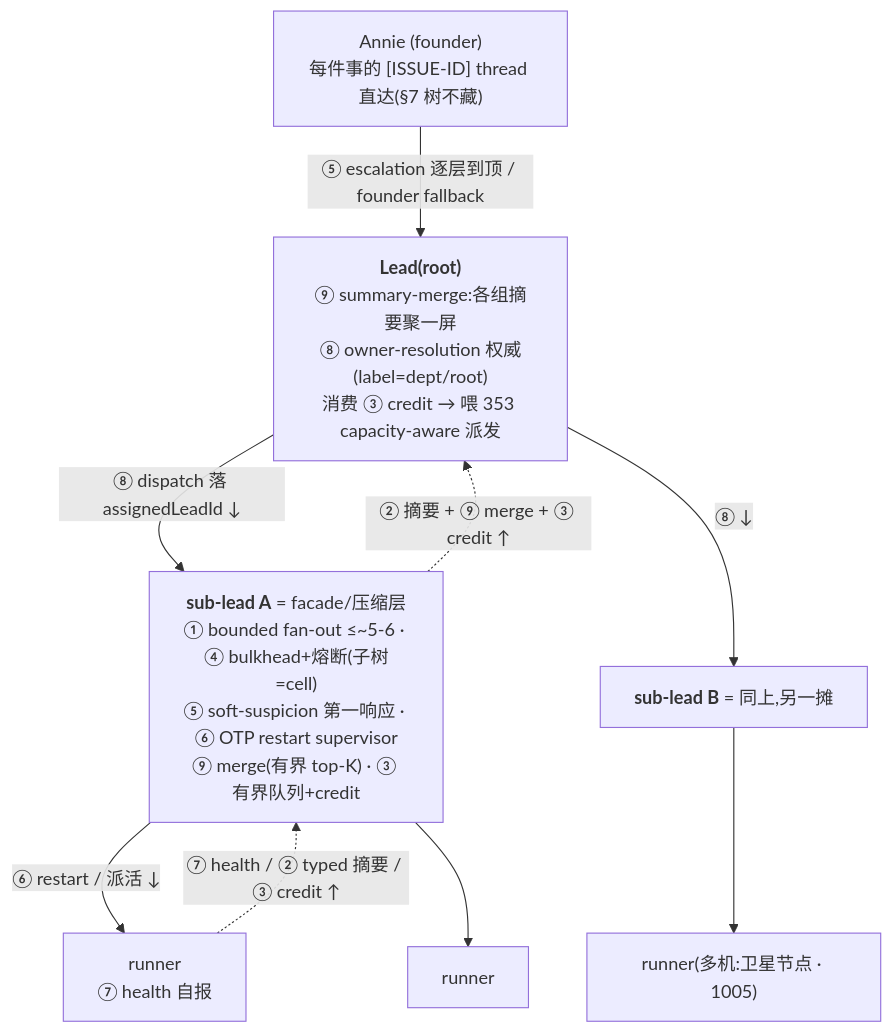
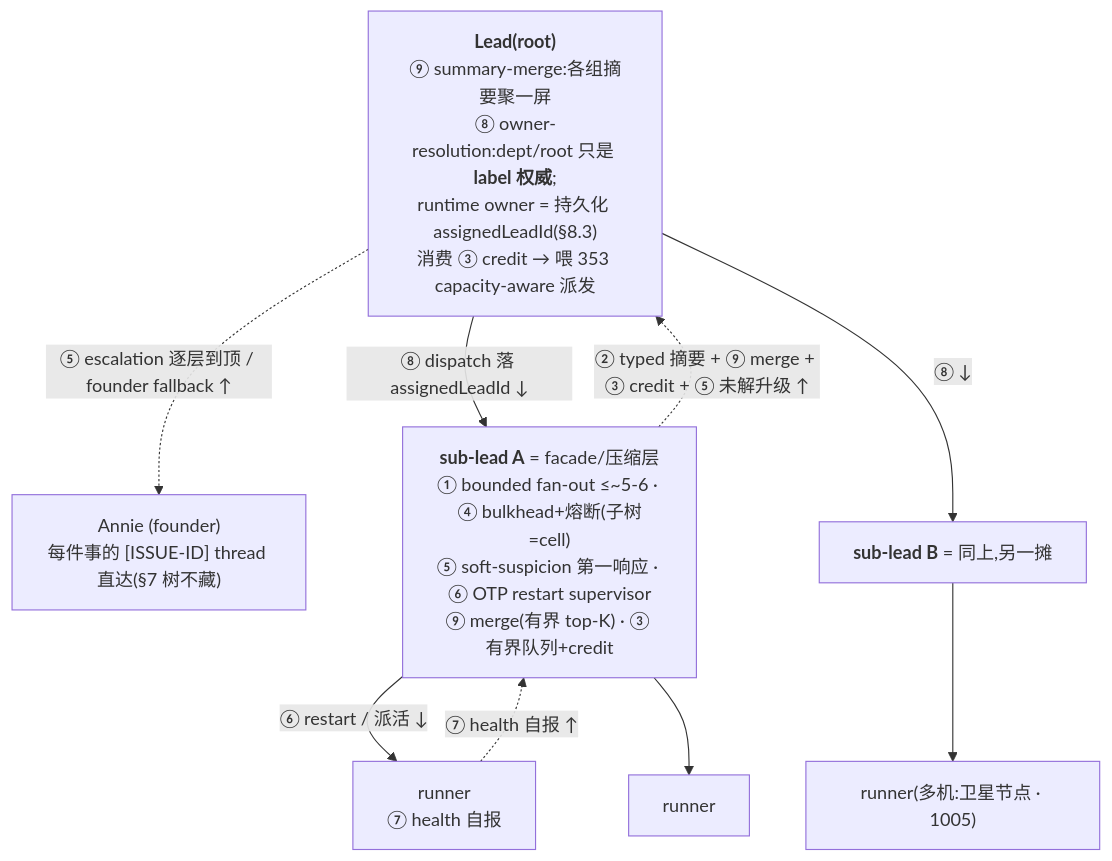
The second of 3 diagrams in engineering/doc/FLY-1022-hierarchical-runner-tree/prd.md (xrliAnnie/flywheel-qa-sandbox), drawn with Mermaid before and after one commit.

Commit message:
docs(FLY-1022): fix §4B Mermaid semantics (Codex R3) -> Codex R4 APPROVED
Codex R3 caught 3 diagram-only issues in the new §4B architecture; all fixed:
1. escalation/founder-fallback edge direction reversed -> now Lead/root -> founder (upward), matching §5.
2. runner->sub-lead edge no longer carries typed-summary/credit -> now only "health 自报"; typed summary / merge / credit / unresolved-escalation stay on the sub-lead->Lead edge (matches §4B table + §9).
3. root-node owner-resolution wording clarified -> "dept/root = label authority; runtime owner = persisted assignedLeadId (§8.3)".
Codex R4: APPROVED. PRD now codex-approved through the architecture section.

````diff
--- a/engineering/doc/FLY-1022-hierarchical-runner-tree/prd.md
+++ b/engineering/doc/FLY-1022-hierarchical-runner-tree/prd.md
@@ -227,18 +227,18 @@
 ```mermaid
 graph TB
     A["Annie (founder)<br/>每件事的 [ISSUE-ID] thread 直达(§7 树不藏)"]
-    L["<b>Lead(root)</b><br/>⑨ summary-merge:各组摘要聚一屏<br/>⑧ owner-resolution 权威(label=dept/root)<br/>消费 ③ credit → 喂 353 capacity-aware 派发"]
+    L["<b>Lead(root)</b><br/>⑨ summary-merge:各组摘要聚一屏<br/>⑧ owner-resolution:dept/root 只是 <b>label 权威</b>;<br/>runtime owner = 持久化 assignedLeadId(§8.3)<br/>消费 ③ credit → 喂 353 capacity-aware 派发"]
     SLA["<b>sub-lead A</b> = facade/压缩层<br/>① bounded fan-out ≤~5-6 · ④ bulkhead+熔断(子树=cell)<br/>⑤ soft-suspicion 第一响应 · ⑥ OTP restart supervisor<br/>⑨ merge(有界 top-K) · ③ 有界队列+credit"]
     SLB["<b>sub-lead B</b> = 同上,另一摊"]
     R1["runner<br/>⑦ health 自报"]
     R2["runner"]
     R3["runner(多机:卫星节点 · 1005)"]
-    A -->|⑤ escalation 逐层到顶 / founder fallback| L
     L -->|⑧ dispatch 落 assignedLeadId ↓| SLA
     L -->|⑧ ↓| SLB
     SLA -->|⑥ restart / 派活 ↓| R1
     SLA --> R2
     SLB --> R3
-    R1 -.⑦ health / ② typed 摘要 / ③ credit ↑.-> SLA
-    SLA -.② 摘要 + ⑨ merge + ③ credit ↑.-> L
+    R1 -.⑦ health 自报 ↑.-> SLA
+    SLA -.② typed 摘要 + ⑨ merge + ③ credit + ⑤ 未解升级 ↑.-> L
+    L -.⑤ escalation 逐层到顶 / founder fallback ↑.-> A
 ```
````
